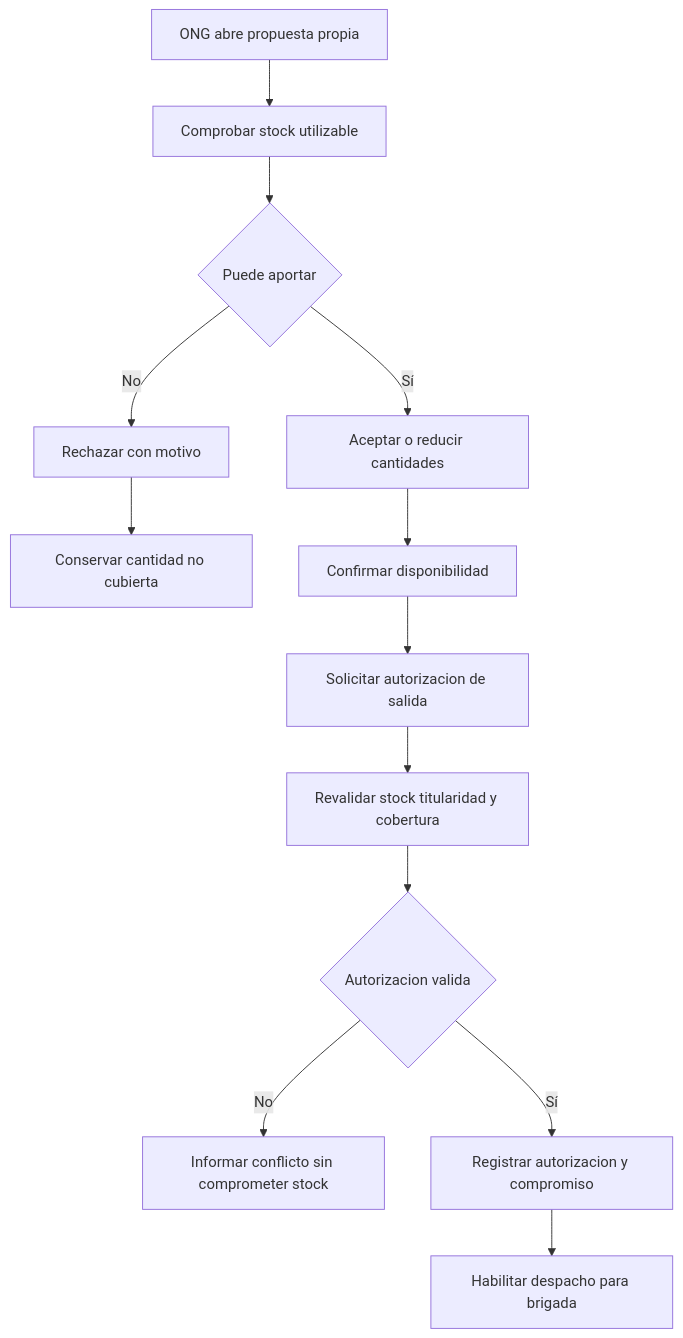
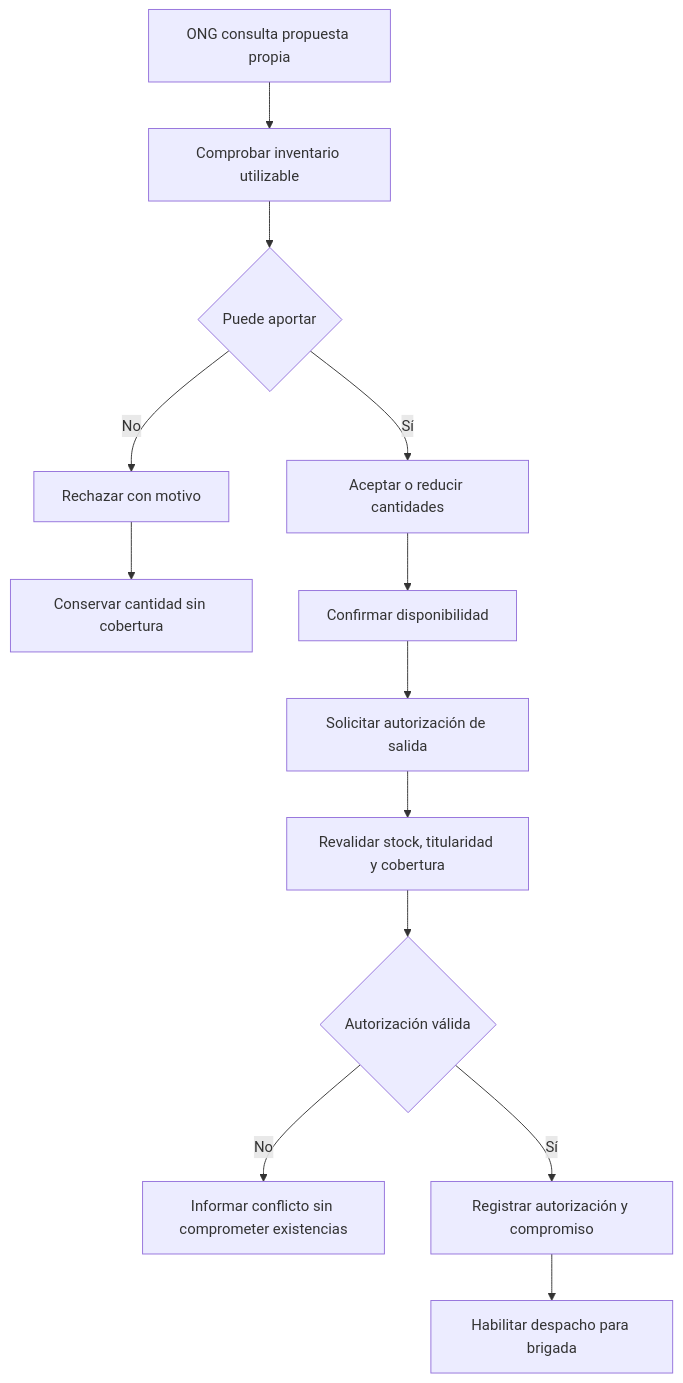
Before and after one commit to EderPanta18/alivia-humanitarian-system-design: the diagram in docs/02-procesos/03-autorizacion-ong.md, drawn with Mermaid. The commit also changed other lines of this file and 44 other files, not shown here.

````diff
--- a/docs/02-procesos/03-autorizacion-ong.md
+++ b/docs/02-procesos/03-autorizacion-ong.md
@@ -41,15 +53,15 @@
 ```mermaid
 flowchart TD
-  A[ONG abre propuesta propia] --> B[Comprobar stock utilizable]
-  B --> C{Puede aportar}
-  C -- No --> D[Rechazar con motivo]
-  D --> E[Conservar cantidad no cubierta]
-  C -- Sí --> F[Aceptar o reducir cantidades]
-  F --> G[Confirmar disponibilidad]
-  G --> H[Solicitar autorizacion de salida]
-  H --> I[Revalidar stock titularidad y cobertura]
-  I --> J{Autorizacion valida}
-  J -- No --> K[Informar conflicto sin comprometer stock]
-  J -- Sí --> L[Registrar autorizacion y compromiso]
-  L --> M[Habilitar despacho para brigada]
+    A[ONG consulta propuesta propia] --> B[Comprobar inventario utilizable]
+    B --> C{Puede aportar}
+    C -- No --> D[Rechazar con motivo]
+    D --> E[Conservar cantidad sin cobertura]
+    C -- Sí --> F[Aceptar o reducir cantidades]
+    F --> G[Confirmar disponibilidad]
+    G --> H[Solicitar autorización de salida]
+    H --> I[Revalidar stock, titularidad y cobertura]
+    I --> J{Autorización válida}
+    J -- No --> K[Informar conflicto sin comprometer existencias]
+    J -- Sí --> L[Registrar autorización y compromiso]
+    L --> M[Habilitar despacho para brigada]
 ```
````
